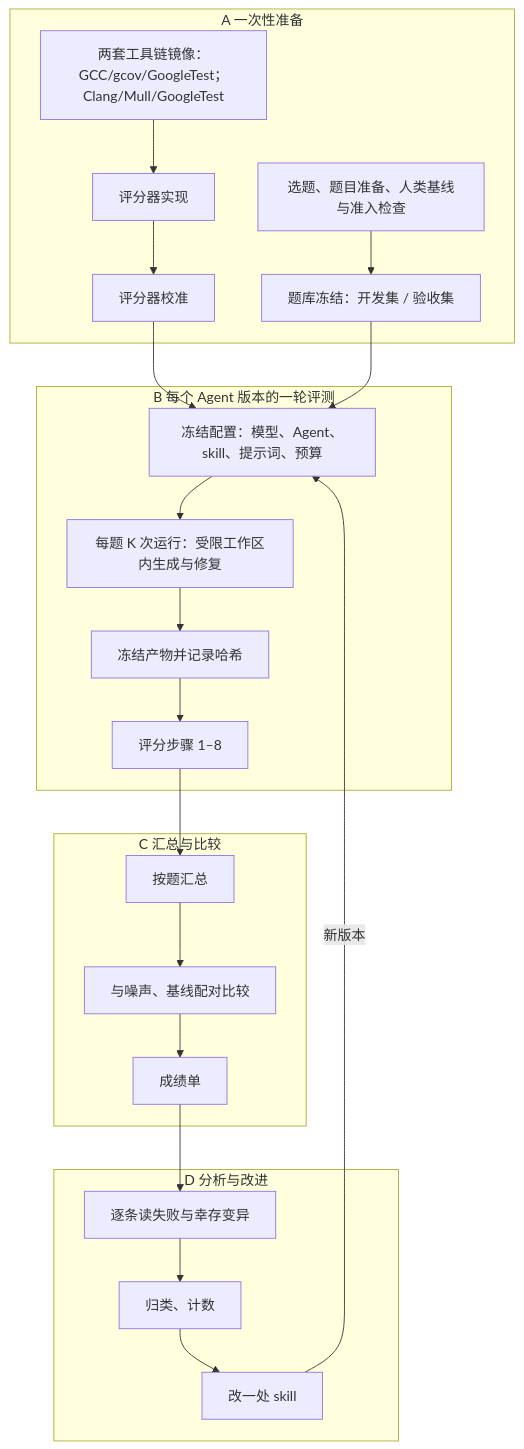
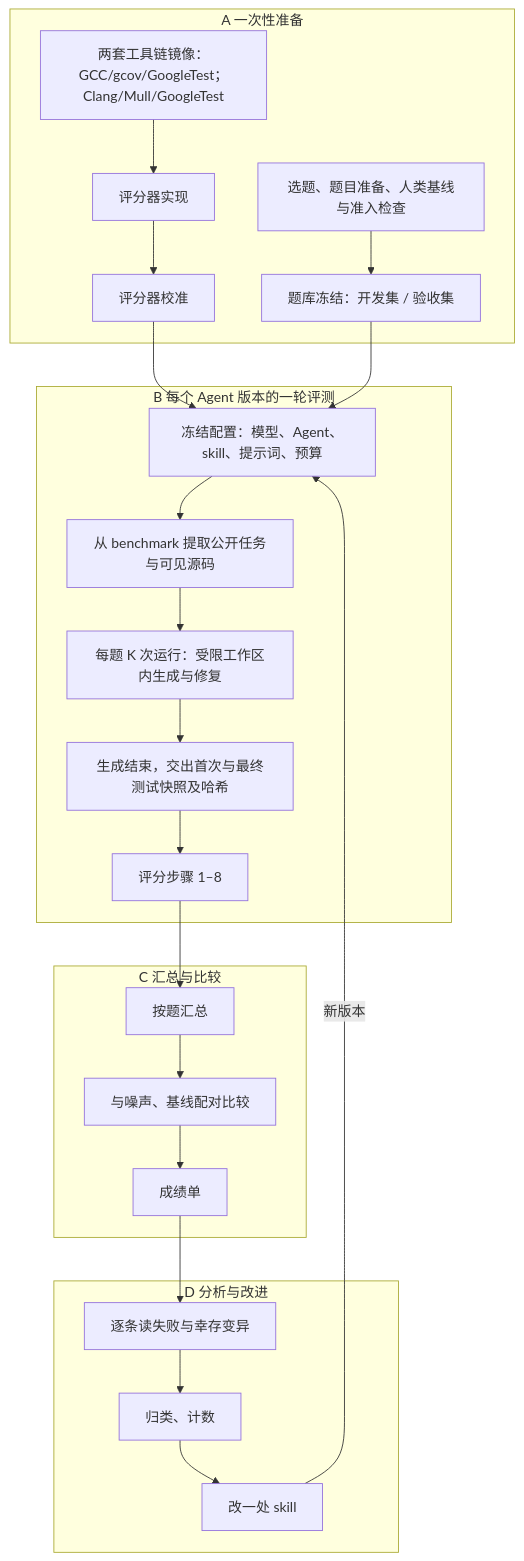
Before and after one commit to PhycheL/Qualtor: the diagram in docs/评测规格.md, drawn with Mermaid. The commit also changed other lines of this file and 137 other files, not shown here.

````diff
--- a/docs/评测规格.md
+++ b/docs/评测规格.md
@@ -194,23 +194,24 @@
 ```mermaid
 flowchart TB
   subgraph A["A 一次性准备"]
     A1["两套工具链镜像：GCC/gcov/GoogleTest；Clang/Mull/GoogleTest"] --> A2["评分器实现"]
     A2 --> A3["评分器校准"]
     A4["选题、题目准备、人类基线与准入检查"] --> A5["题库冻结：开发集 / 验收集"]
   end
   subgraph B["B 每个 Agent 版本的一轮评测"]
-    B1["冻结配置：模型、Agent、skill、提示词、预算"] --> B2["每题 K 次运行：受限工作区内生成与修复"]
-    B2 --> B3["冻结产物并记录哈希"] --> B4["评分步骤 1–8"]
+    B1["冻结配置：模型、Agent、skill、提示词、预算"] --> B0["从 benchmark 提取公开任务与可见源码"]
+    B0 --> B2["每题 K 次运行：受限工作区内生成与修复"]
+    B2 --> B3["生成结束，交出首次与最终测试快照及哈希"] --> B4["评分步骤 1–8"]
   end
   subgraph C["C 汇总与比较"]
     C1["按题汇总"] --> C2["与噪声、基线配对比较"] --> C3["成绩单"]
   end
   subgraph D["D 分析与改进"]
     D1["逐条读失败与幸存变异"] --> D2["归类、计数"] --> D3["改一处 skill"]
   end
   A3 --> B1
   A5 --> B1
   B4 --> C1
   C3 --> D1
   D3 -->|新版本| B1
 ```
````
